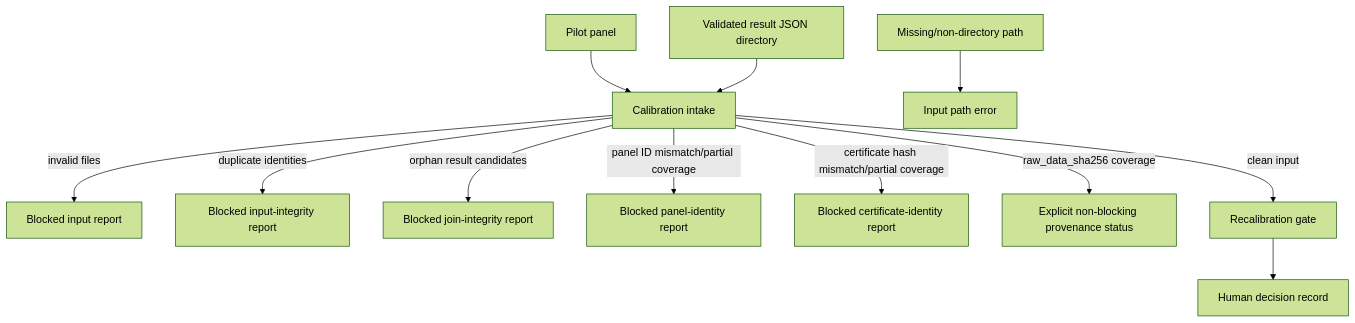
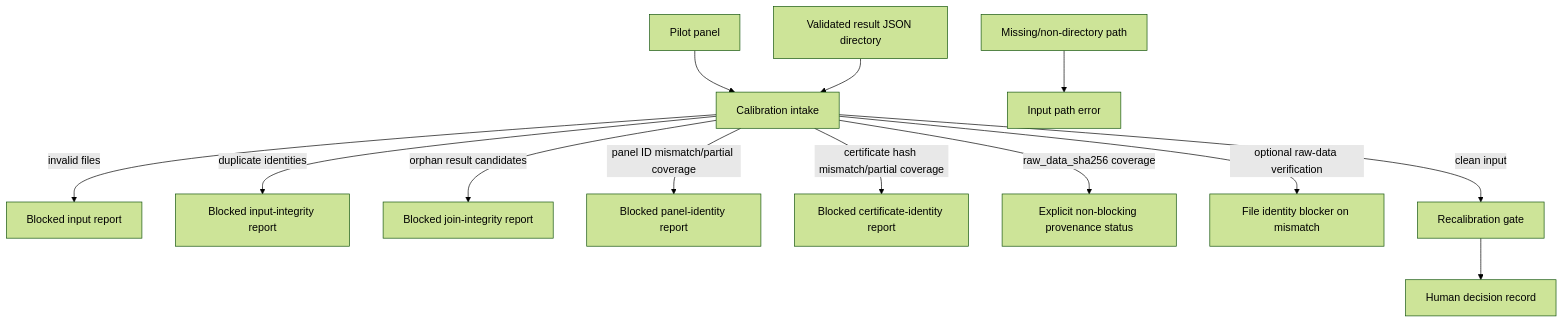
The first of 2 diagrams in src/openamp_foundry/calibration/AGENTS.md (streamentry/OpenAMP-Foundry), drawn with Mermaid (forest theme) before and after one commit. The commit also changed other lines of this file and 20 other files, not shown here.

````diff
--- a/src/openamp_foundry/calibration/AGENTS.md
+++ b/src/openamp_foundry/calibration/AGENTS.md
@@ -28,14 +31,15 @@
 ```mermaid
 flowchart TD
   Panel["Pilot panel"] --> Intake["Calibration intake"]
   Results["Validated result JSON directory"] --> Intake
   Missing["Missing/non-directory path"] --> PathBlock["Input path error"]
   Intake -->|invalid files| Block["Blocked input report"]
   Intake -->|duplicate identities| IdentityBlock["Blocked input-integrity report"]
   Intake -->|orphan result candidates| OrphanBlock["Blocked join-integrity report"]
   Intake -->|panel ID mismatch/partial coverage| PanelBlock["Blocked panel-identity report"]
   Intake -->|certificate hash mismatch/partial coverage| CertBlock["Blocked certificate-identity report"]
   Intake -->|raw_data_sha256 coverage| Provenance["Explicit non-blocking provenance status"]
+  Intake -->|optional raw-data verification| RawBlock["File identity blocker on mismatch"]
   Intake -->|clean input| Gate["Recalibration gate"]
   Gate --> Human["Human decision record"]
 ```
````
